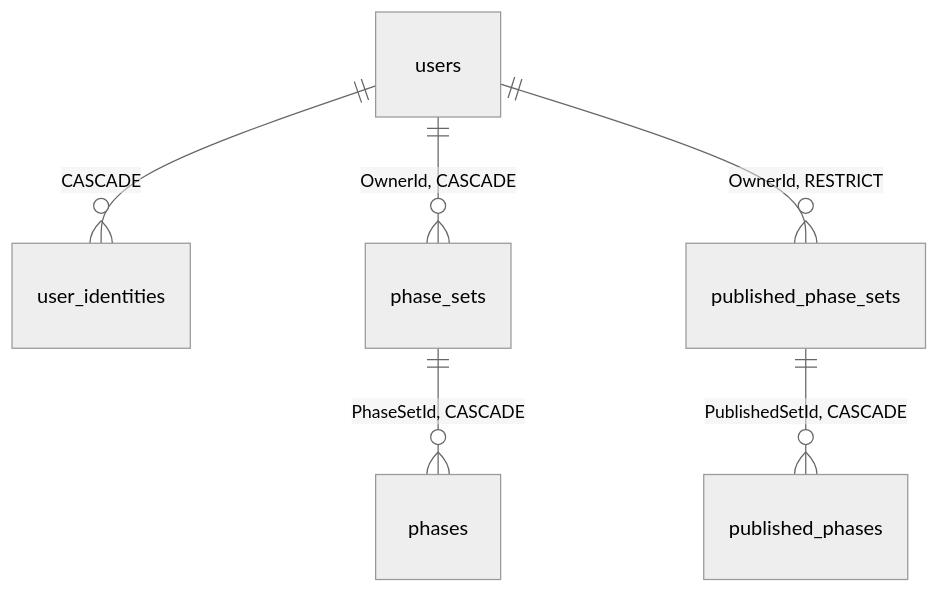
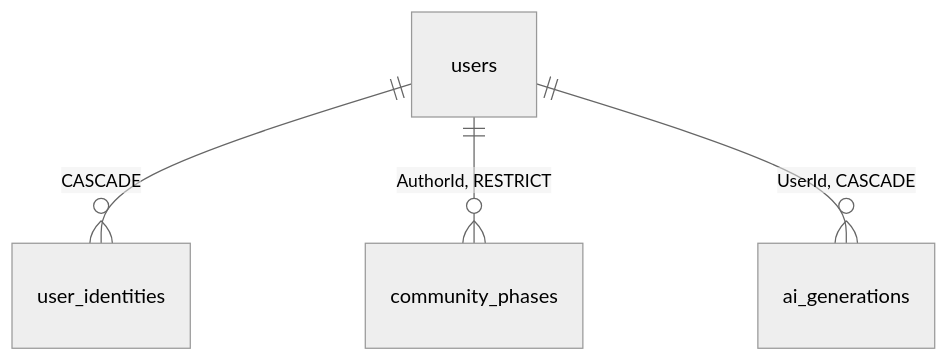
Before and after one commit to vitorluuiz/Codex: the diagram in docs/contracts/postgres.md, drawn with Mermaid (neutral theme). The commit also changed other lines of this file and 45 other files, not shown here.

Commit message:
wip: sets-community-library

````diff
--- a/docs/contracts/postgres.md
+++ b/docs/contracts/postgres.md
@@ -18,8 +18,6 @@
 ```mermaid
 erDiagram
     users ||--o{ user_identities : "CASCADE"
-    users ||--o{ phase_sets : "OwnerId, CASCADE"
-    phase_sets ||--o{ phases : "PhaseSetId, CASCADE"
-    users ||--o{ published_phase_sets : "OwnerId, RESTRICT"
-    published_phase_sets ||--o{ published_phases : "PublishedSetId, CASCADE"
+    users ||--o{ community_phases : "AuthorId, RESTRICT"
+    users ||--o{ ai_generations : "UserId, CASCADE"
 ```
````
